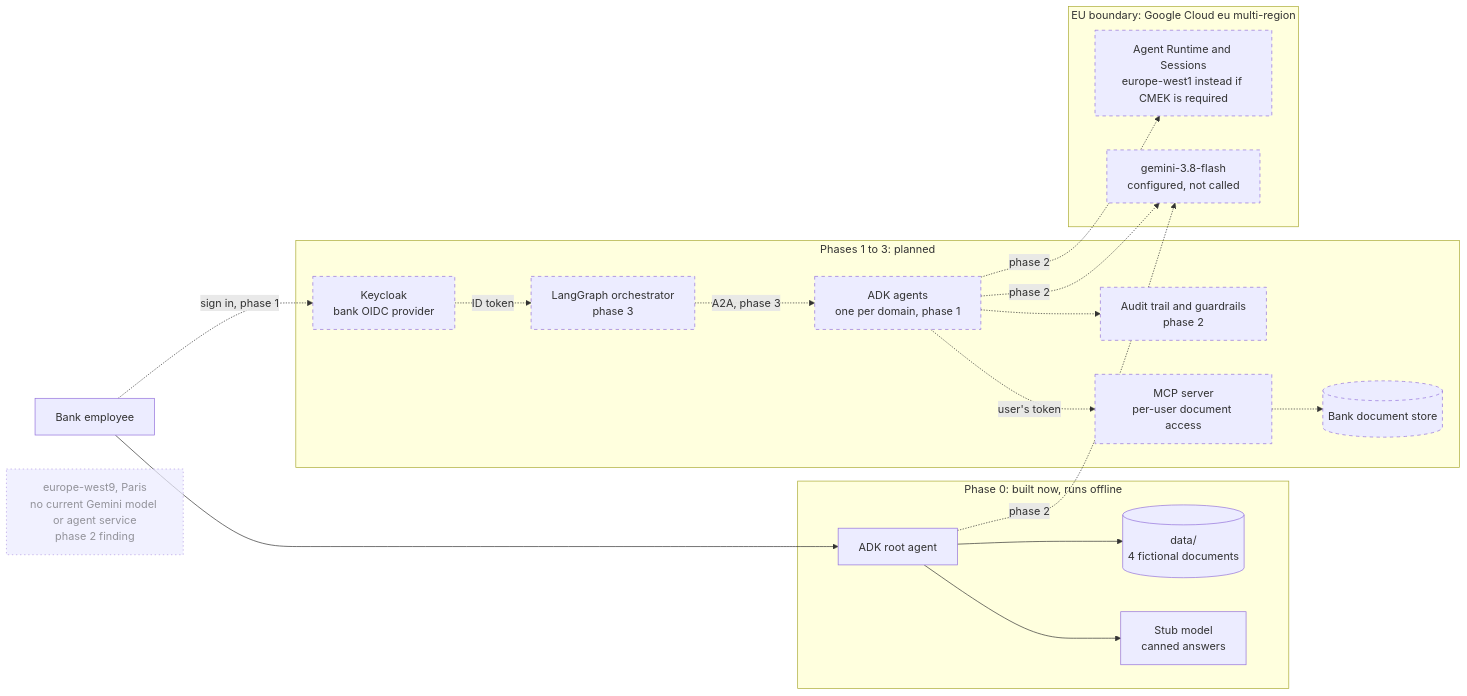
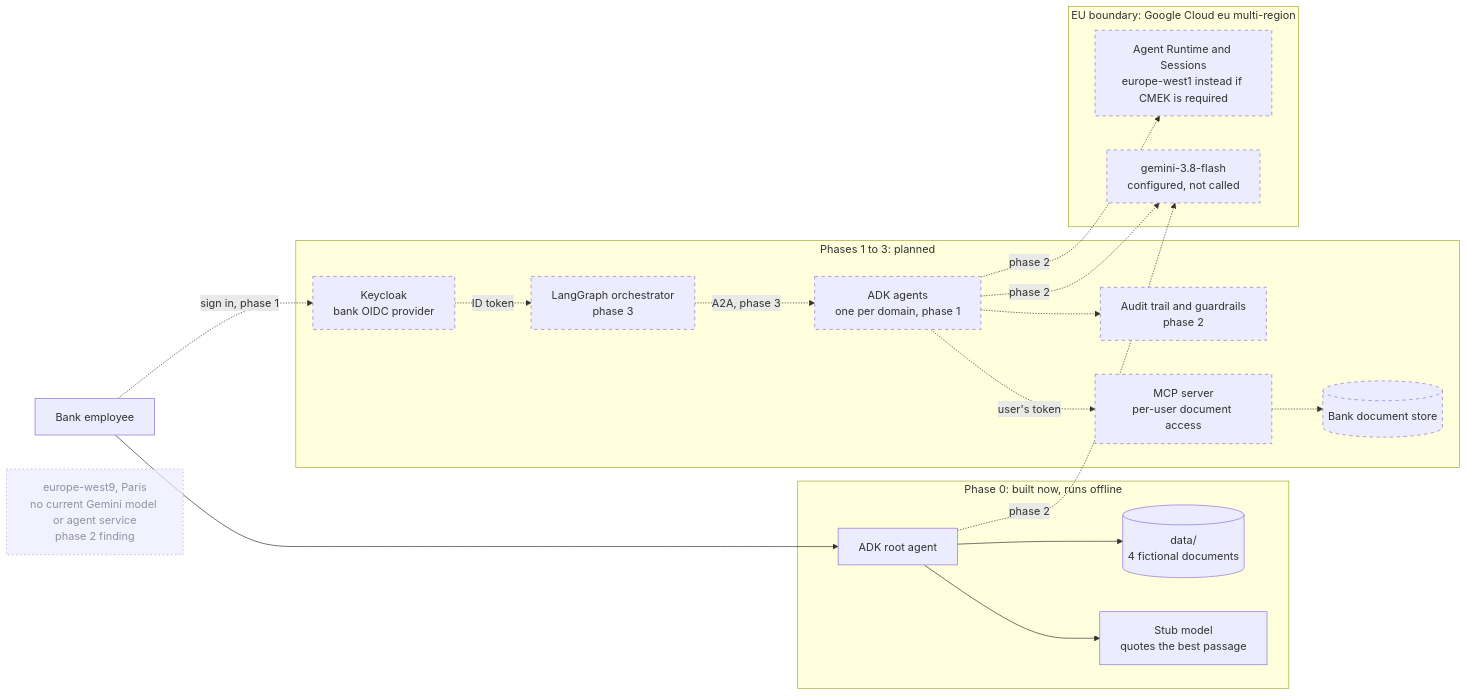
One commit to yassineteimi/gemini-agent-golive-review changed the diagram in docs/architecture.md. Above: the diagram before and after it, drawn with Mermaid. The commit also changed other lines of this file and 7 other files, not shown here.

````diff
--- a/docs/architecture.md
+++ b/docs/architecture.md
@@ -6,45 +6,45 @@
 ```mermaid
 flowchart LR
     user["Bank employee"]
 
     subgraph p0["Phase 0: built now, runs offline"]
         root["ADK root agent"]
-        stub["Stub model<br/>canned answers"]
+        stub["Stub model<br/>quotes the best passage"]
         files[("data/<br/>4 fictional documents")]
     end
 
     subgraph later["Phases 1 to 3: planned"]
         kc["Keycloak<br/>bank OIDC provider"]
         orch["LangGraph orchestrator<br/>phase 3"]
         agents["ADK agents<br/>one per domain, phase 1"]
         mcp["MCP server<br/>per-user document access"]
         store[("Bank document store")]
         audit["Audit trail and guardrails<br/>phase 2"]
     end
 
     subgraph eu["EU boundary: Google Cloud eu multi-region"]
         gemini["gemini-3.8-flash<br/>configured, not called"]
         runtime["Agent Runtime and Sessions<br/>europe-west1 instead if CMEK is required"]
     end
 
     paris["europe-west9, Paris<br/>no current Gemini model or agent service<br/>phase 2 finding"]
 
     user --> root
     root --> stub
     root --> files
 
     user -. "sign in, phase 1" .-> kc
     kc -. "ID token" .-> orch
     orch -. "A2A, phase 3" .-> agents
     agents -. "user's token" .-> mcp
     mcp -.-> store
     agents -.-> audit
     agents -. "phase 2" .-> gemini
     agents -. "phase 2" .-> runtime
     root -. "phase 2" .-> gemini
 
     classDef planned stroke-dasharray: 5 5
     classDef gap stroke-dasharray: 2 4,opacity:0.7
     class kc,orch,agents,mcp,store,audit,gemini,runtime planned
     class paris gap
 ```
````
